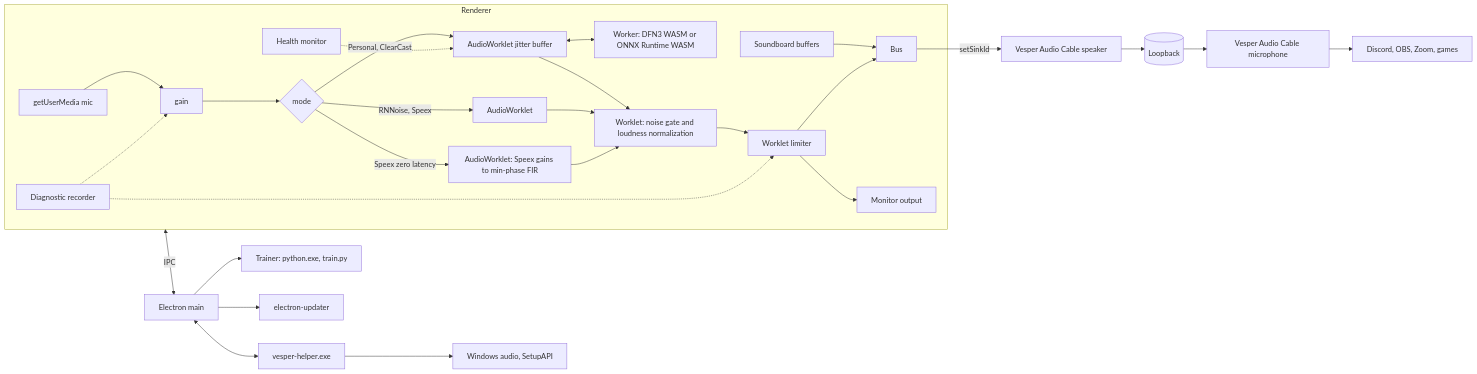
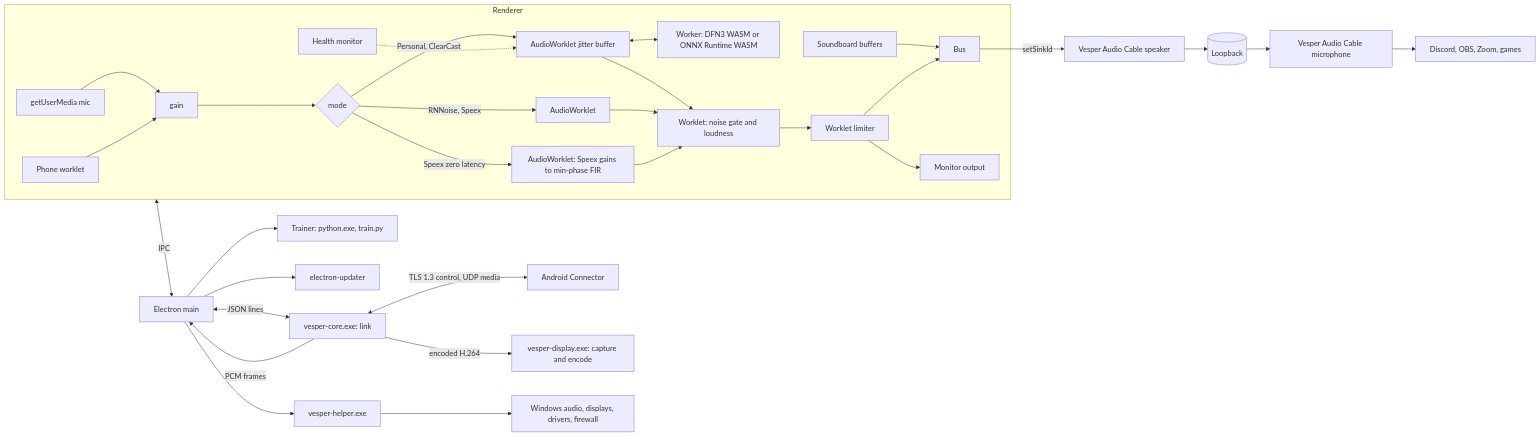
The diagram in README.md (AroseEditor/Vesper-Audio), drawn with Mermaid before and after one commit. The commit also changed other lines of this file and 3 other files, not shown here.

````diff
--- a/README.md
+++ b/README.md
@@ -449,28 +484,32 @@
 ```mermaid
 flowchart LR
   subgraph Renderer
     M[getUserMedia mic] --> G[gain]
+    PH[Phone worklet] --> G
     G --> D{mode}
     D -->|Personal, ClearCast| W[AudioWorklet jitter buffer] <--> K[Worker: DFN3 WASM or ONNX Runtime WASM]
     D -->|RNNoise, Speex| R[AudioWorklet]
     D -->|Speex zero latency| Z[AudioWorklet: Speex gains to min-phase FIR]
-    W --> DY[Worklet: noise gate and loudness normalization]
+    W --> DY[Worklet: noise gate and loudness]
     R --> DY
     Z --> DY
     DY --> L[Worklet limiter]
     SB[Soundboard buffers] --> B
     L --> B[Bus]
     L --> MON[Monitor output]
     HM[Health monitor] -.-> W
-    DG[Diagnostic recorder] -.-> G
-    DG -.-> L
   end
   B -->|setSinkId| CAB[Vesper Audio Cable speaker]
   CAB --> RING[(Loopback)]
   RING --> MIC[Vesper Audio Cable microphone]
   MIC --> APP[Discord, OBS, Zoom, games]
-  Renderer <-->|IPC| Main[Electron main] <--> H2[vesper-helper.exe]
+  Renderer <-->|IPC| Main[Electron main]
+  Main <-->|JSON lines| CORE[vesper-core.exe: link]
+  CORE <-->|TLS 1.3 control, UDP media| PHONE[Android Connector]
+  CORE -->|encoded H.264| DISP[vesper-display.exe: capture and encode]
+  CORE -->|PCM frames| Main
+  Main --> H2[vesper-helper.exe]
   Main --> TR[Trainer: python.exe, train.py]
   Main --> UP[electron-updater]
-  H2 --> WIN[Windows audio, SetupAPI]
+  H2 --> WIN[Windows audio, displays, drivers, firewall]
 ```
````
